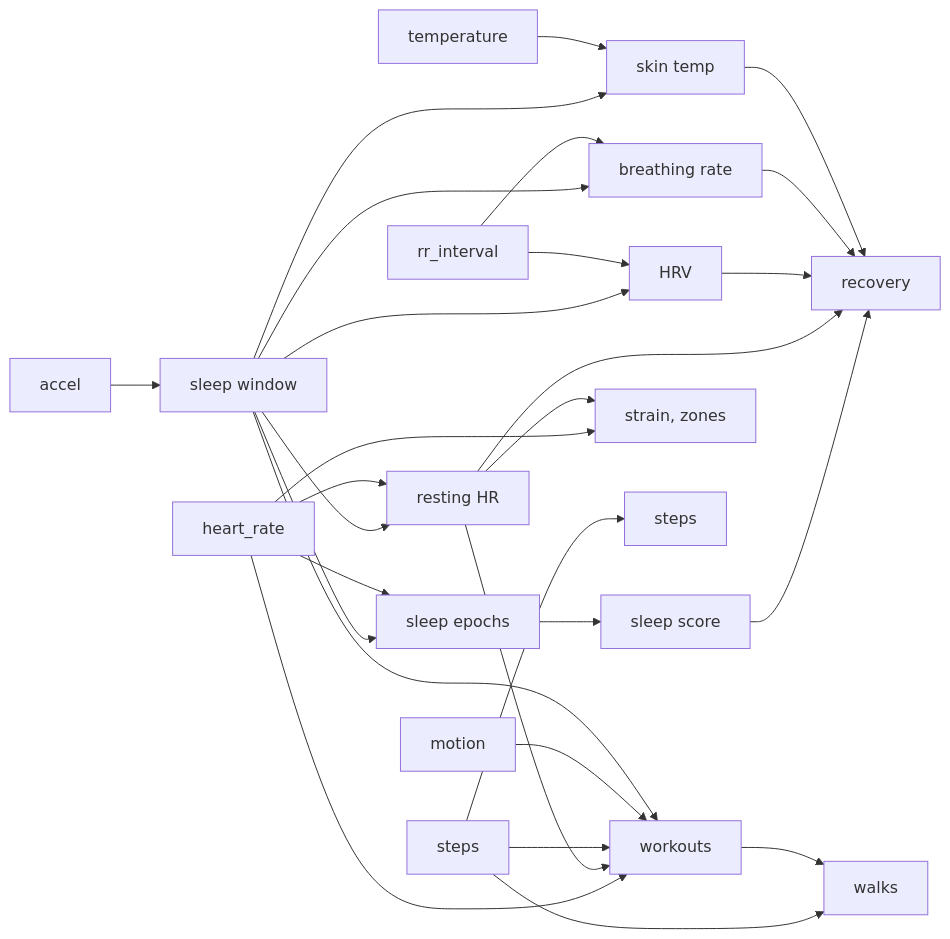
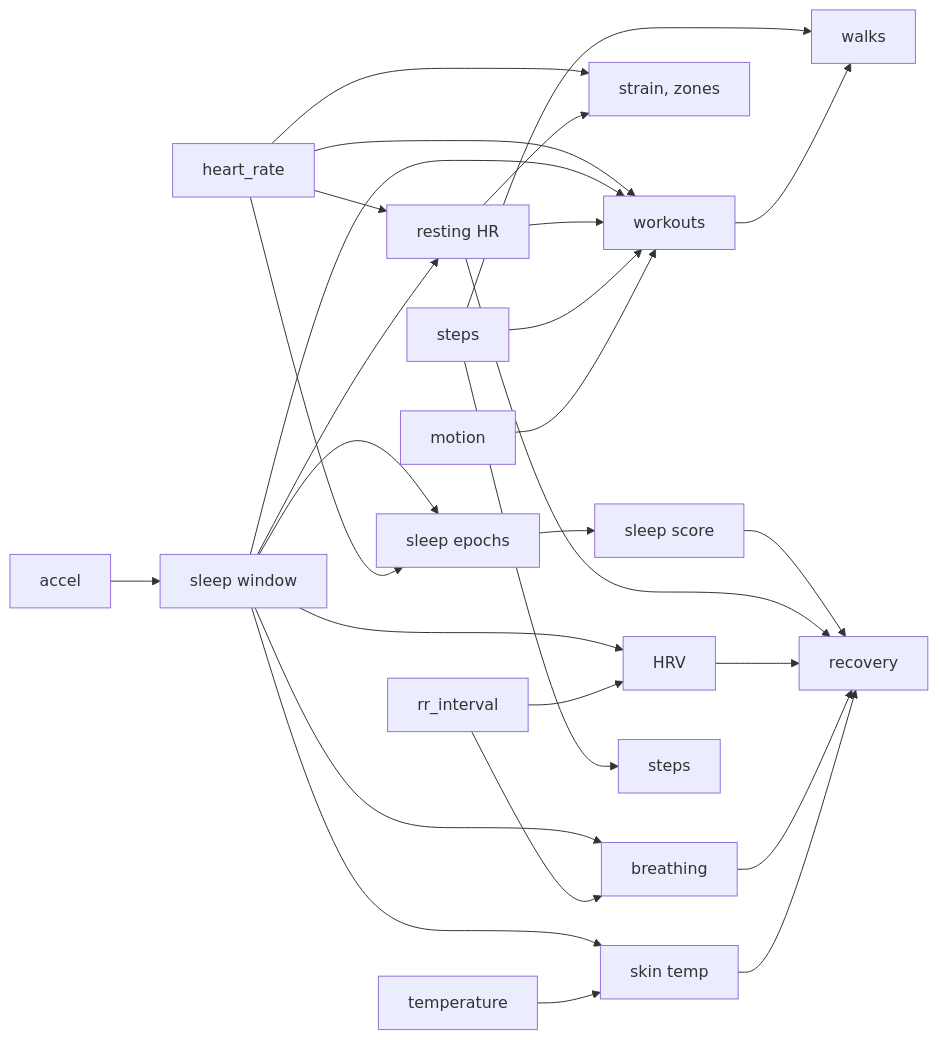
One commit to pkrshnan/dashboardify changed the diagram in docs/health-metrics.md. Above: the diagram before and after it, drawn with Mermaid. The commit also changed other lines of this file and 7 other files, not shown here.

````diff
--- a/docs/health-metrics.md
+++ b/docs/health-metrics.md
@@ -8,27 +8,13 @@
 ```mermaid
 flowchart LR
-  A[accel] --> S[sleep window]
-  S --> E[sleep epochs]
-  HR --> E
-  E --> SS[sleep score]
-  SS --> REC
-  S --> R[resting HR]
-  S --> H[HRV]
-  S --> B[breathing rate]
-  S --> T[skin temp]
-  HR[heart_rate] --> R
-  RR[rr_interval] --> H
-  RR --> B
+  A[accel] --> S[sleep window] --> E[sleep epochs] --> SS[sleep score] --> REC[recovery]
+  HR[heart_rate] --> E & R[resting HR] & ST[strain, zones] & W[workouts]
+  S --> R & H[HRV] & B[breathing] & T[skin temp] & W
+  RR[rr_interval] --> H & B
   TMP[temperature] --> T
-  R & H & B & T --> REC[recovery]
-  HR --> ST[strain, zones]
-  R --> ST
-  STP[steps] --> STEPS[steps]
-  HR --> W[workouts]
-  R --> W
-  STP --> W
+  R & H & B & T --> REC
+  R --> ST & W
+  STP[steps] --> STEPS[steps] & W & WK[walks]
   MOT[motion] --> W
-  S --> W
-  STP --> WK[walks]
   W --> WK
 ```
````
